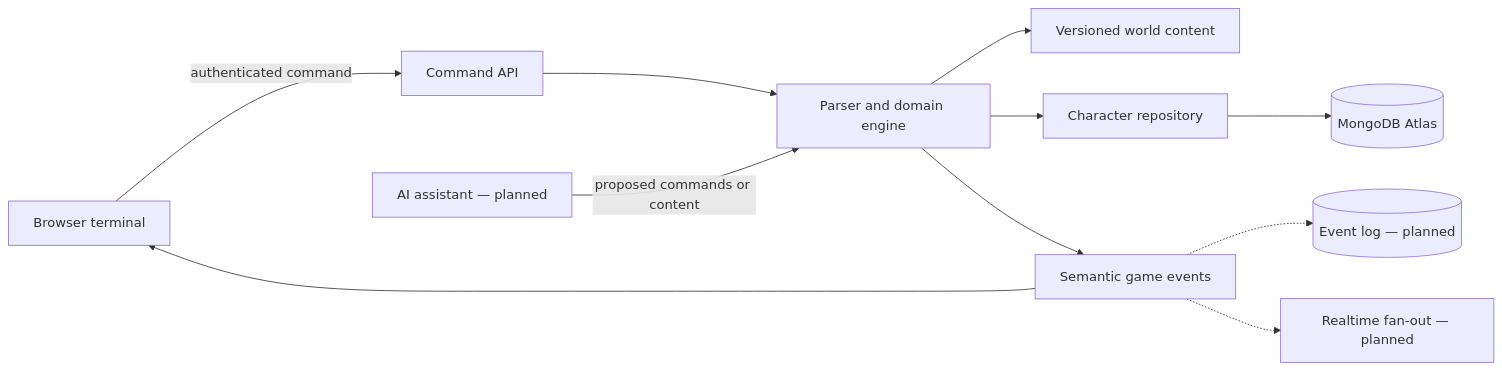
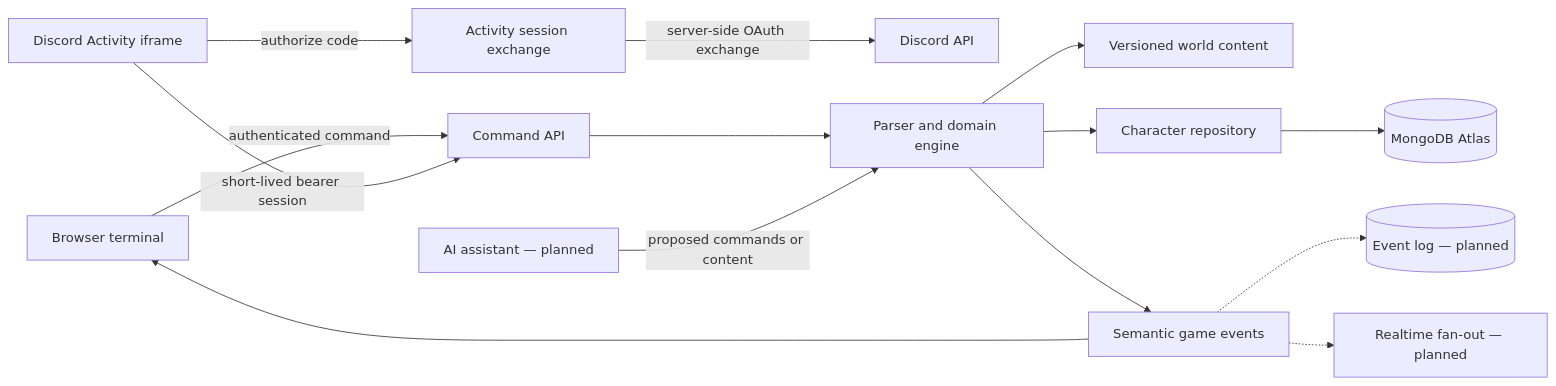
The diagram in docs/ARCHITECTURE.md (BrianDLawrence/mud), drawn with Mermaid before and after one commit. The commit also changed other lines of this file and 28 other files, not shown here.

Commit message:
feat: add Discord authentication and Activity support

````diff
--- a/docs/ARCHITECTURE.md
+++ b/docs/ARCHITECTURE.md
@@ -9,13 +9,16 @@
 ```mermaid
 flowchart LR
   P["Browser terminal"] -->|"authenticated command"| A["Command API"]
+  D["Discord Activity iframe"] -->|"short-lived bearer session"| A
+  D -->|"authorize code"| X["Activity session exchange"]
+  X -->|"server-side OAuth exchange"| DC["Discord API"]
   A --> E["Parser and domain engine"]
   E --> C["Versioned world content"]
   E --> R["Character repository"]
   R --> M[("MongoDB Atlas")]
   E --> O["Semantic game events"]
   O --> P
   O -.-> L[("Event log — planned")]
   O -.-> B["Realtime fan-out — planned"]
   AI["AI assistant — planned"] -->|"proposed commands or content"| E
 ```
````
